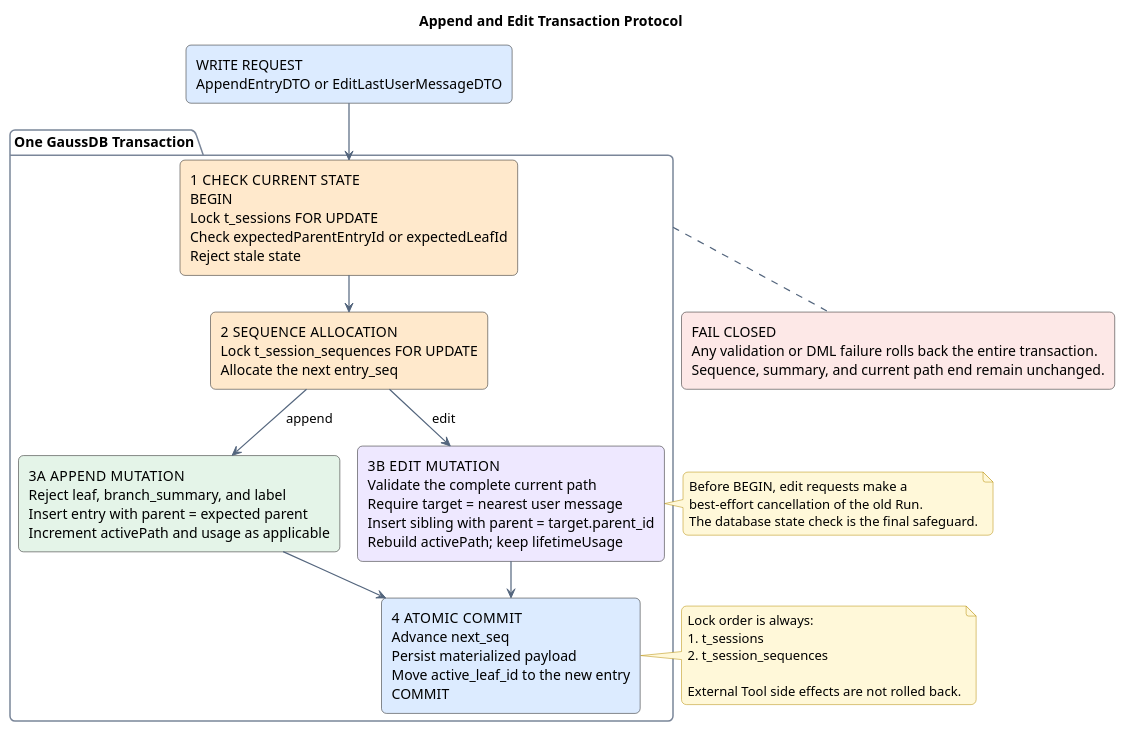
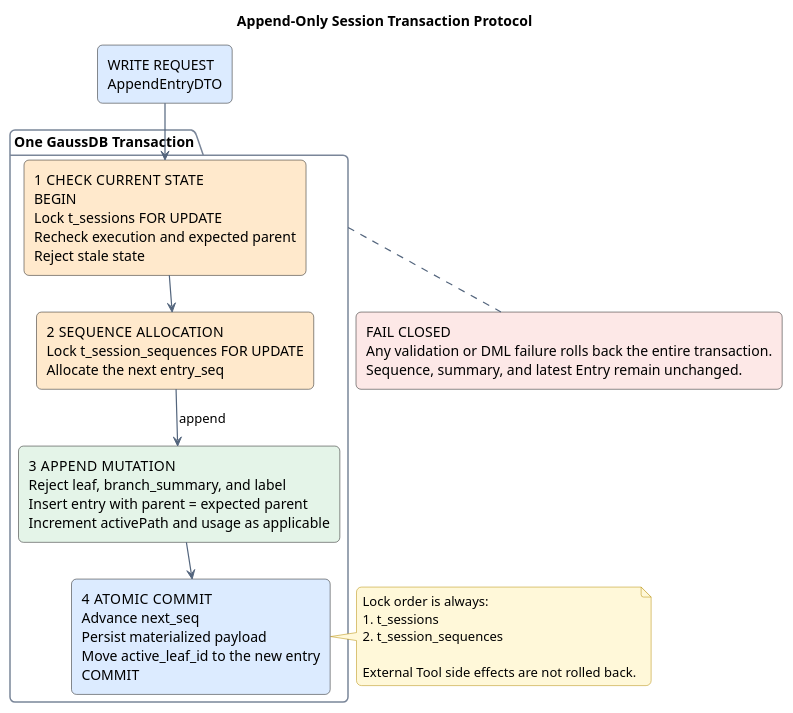
Before and after one commit to ssm0808/pi-mono-java-design: the second of 4 diagrams in 03-数据与存储/01-会话记忆GaussDB/设计图/diagram.puml, drawn with PlantUML. The commit also changed other lines of this file and 26 other files, not shown here.

Commit message:
docs(session): adopt append-only history without recursive queries

```diff
--- a/03-数据与存储/01-会话记忆GaussDB/设计图/diagram.puml
+++ b/03-数据与存储/01-会话记忆GaussDB/设计图/diagram.puml
@@ -95,69 +95,59 @@
 @startuml memory-write-transaction
 !pragma layout smetana
-title Append and Edit Transaction Protocol
+title Append-Only Session Transaction Protocol
 top to bottom direction
 
 skinparam backgroundColor #FFFFFF
 skinparam shadowing false
 skinparam roundcorner 10
 skinparam defaultTextAlignment left
 skinparam ArrowColor #53657D
 skinparam ArrowThickness 1.2
 skinparam PackageBorderColor #7A8699
 skinparam NoteBorderColor #B58B00
 skinparam NoteBackgroundColor #FFF8D9
 
-' Source evidence:
-' - badlogic/pi-mono@f0deb8dd8e9611e89b5bc4145ca92c03ae6ed4ee
-' - packages/storage/sqlite-node/src/sqlite/storage/index.ts: appendEntry
-' - packages/storage/sqlite-node/src/sqlite/storage/session-sequences.ts
-' - packages/storage/sqlite-node/src/sqlite/storage/session-materialized.ts
-' Observed behavior: pi serializes writes in one process and updates seven
-' categories of Session state in one SQLite transaction.
-' Pending implementation edit rule: a new user entry shares the old user entry parent and
-' becomes the new active leaf while the old subtree stays immutable.
-' Architecture change: branch caches and label projection writes are removed.
-' Concurrency hardening: lock session before sequence and require expected leaf.
-' Design reason: show the common state check once and compare divergent mutations.
+' Source evidence: pi@1a584a7a56eb5e7b4ff8ccbd46430f1533282eed
+' packages/session-backends/sqlite-node/src/sqlite/session/branch-entries.ts:
+' appendEntryToBranchIndex, readBranchSegmentsNewestFirst, scanBranchSegments.
+' packages/session-backends/sqlite-node/src/sqlite/storage.ts: applyCommit.
+' Source evidence: Java@fb842b1ac6cb4818f6b146f79dd184a5cd88bf12
+' modules/coding-agent-cli/src/main/java/com/campusclaw/codingagent/runtimeapi/
+' persistence/MyBatisRuntimeSessionRepository.java: appendLocked, findEventPage.
+' modules/coding-agent-cli/src/main/resources/mapper/session/RuntimeSessionMapper.xml:
+' listCurrentBranchEntries, listCommittedEvents, countUnmappedCurrentBranchEntries.
+' Observed behavior: Java appends at the locked tail but still reads recursive paths.
+' Design reason: one append-only timeline needs ordered scans, not branch membership.
+' Product constraint: no conversation editing, rewind, or branch switching.
+' Pending implementation: ordered reads under append-only writes.
 
-rectangle "WRITE REQUEST\nAppendEntryDTO or EditLastUserMessageDTO" as request #DCEBFF
+rectangle "WRITE REQUEST\nAppendEntryDTO" as request #DCEBFF
 
 package "One GaussDB Transaction" as transaction {
-  rectangle "1  CHECK CURRENT STATE\nBEGIN\nLock t_sessions FOR UPDATE\nCheck expectedParentEntryId or expectedLeafId\nReject stale state" as stateCheck #FFE9CC
+  rectangle "1  CHECK CURRENT STATE\nBEGIN\nLock t_sessions FOR UPDATE\nRecheck execution and expected parent\nReject stale state" as stateCheck #FFE9CC
 
   rectangle "2  SEQUENCE ALLOCATION\nLock t_session_sequences FOR UPDATE\nAllocate the next entry_seq" as sequence #FFE9CC
 
-  rectangle "3A  APPEND MUTATION\nReject leaf, branch_summary, and label\nInsert entry with parent = expected parent\nIncrement activePath and usage as applicable" as append #E4F4E8
-
-  rectangle "3B  EDIT MUTATION\nValidate the complete current path\nRequire target = nearest user message\nInsert sibling with parent = target.parent_id\nRebuild activePath; keep lifetimeUsage" as edit #EEE8FF
+  rectangle "3  APPEND MUTATION\nReject leaf, branch_summary, and label\nInsert entry with parent = expected parent\nIncrement activePath and usage as applicable" as append #E4F4E8
 
   rectangle "4  ATOMIC COMMIT\nAdvance next_seq\nPersist materialized payload\nMove active_leaf_id to the new entry\nCOMMIT" as commit #DCEBFF
 
   stateCheck --> sequence
   sequence --> append : append
-  sequence --> edit : edit
   append --> commit
-  edit --> commit
-  append -[hidden]right- edit
 }
 
-rectangle "FAIL CLOSED\nAny validation or DML failure rolls back the entire transaction.\nSequence, summary, and current path end remain unchanged." as rollback #FDE8E7
+rectangle "FAIL CLOSED\nAny validation or DML failure rolls back the entire transaction.\nSequence, summary, and latest Entry remain unchanged." as rollback #FDE8E7
 
 request --> stateCheck
 rollback .up. transaction
-
-note left of edit
-Before BEGIN, edit requests make a
-best-effort cancellation of the old Run.
-The database state check is the final safeguard.
-end note
 
 note right of commit
 Lock order is always:
 1. t_sessions
 2. t_session_sequences
 
 External Tool side effects are not rolled back.
 end note
 
 @enduml
```
